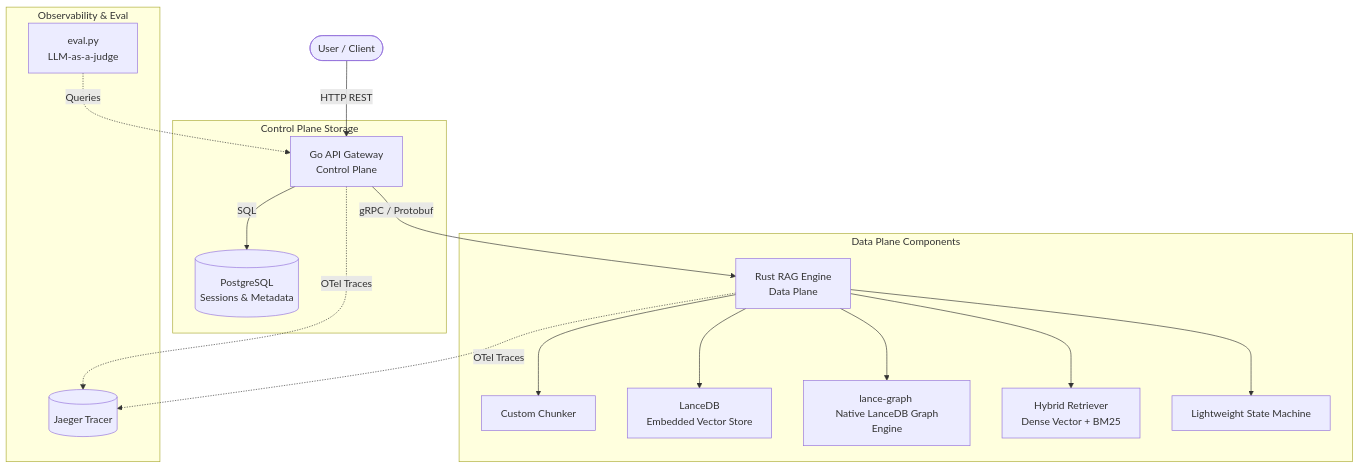
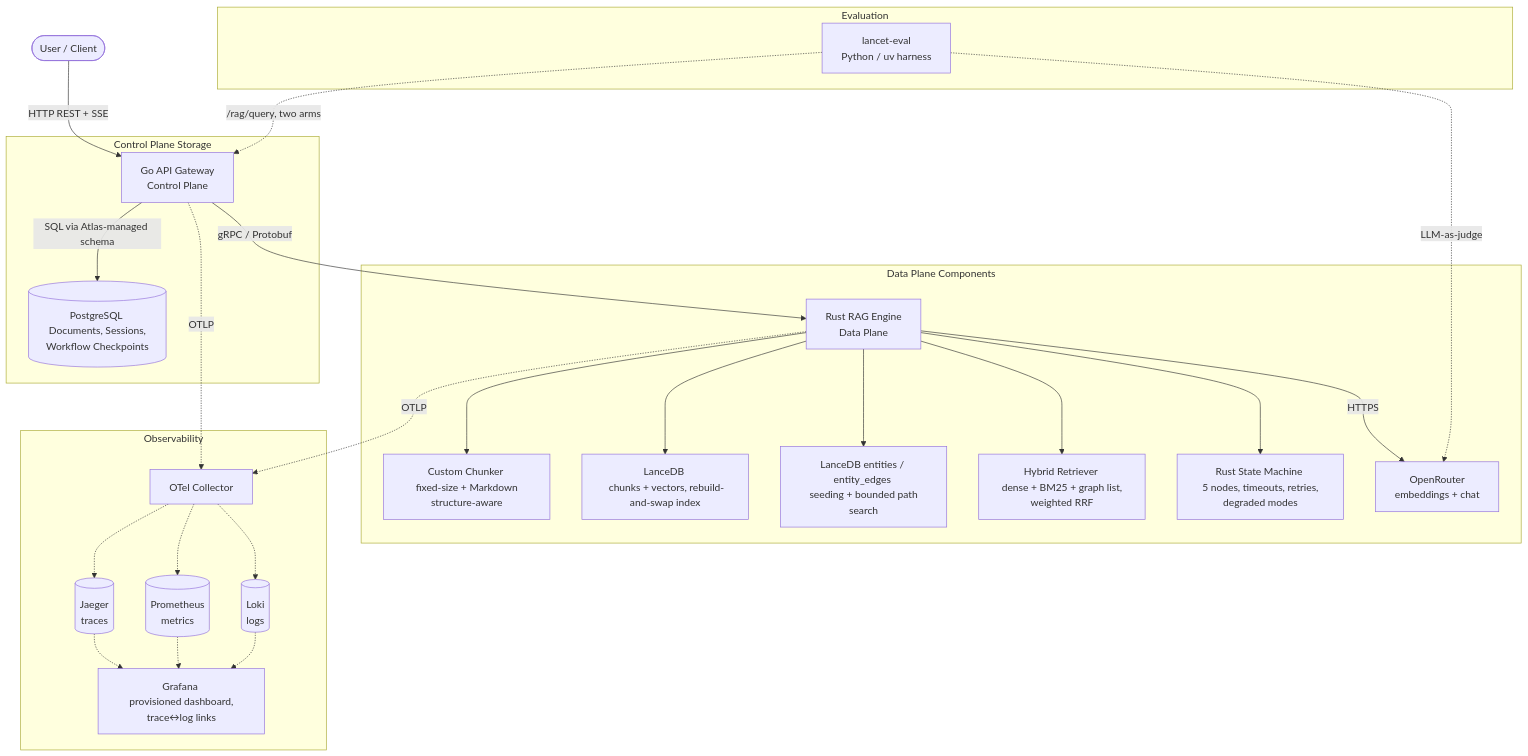
The diagram in README.md (mileschintw/rust-lancedb-graphrag), drawn with Mermaid before and after one commit. The commit also changed other lines of this file, not shown here.

````diff
--- a/README.md
+++ b/README.md
@@ -27,23 +26,32 @@
 ```mermaid
 graph TD
-    User([User / Client]) -->|HTTP REST| GoGateway[Go API Gateway <br> Control Plane]
+    User([User / Client]) -->|HTTP REST + SSE| GoGateway[Go API Gateway <br> Control Plane]
     GoGateway -->|gRPC / Protobuf| RustEngine[Rust RAG Engine <br> Data Plane]
-    
+
     subgraph Control Plane Storage
-        GoGateway -->|SQL| Postgres[(PostgreSQL <br> Sessions & Metadata)]
-    end
-    
-    subgraph Data Plane Components
-        RustEngine --> Chunker[Custom Chunker]
-        RustEngine --> Store[LanceDB <br> Embedded Vector Store]
-        RustEngine --> GraphStore[lance-graph <br> Native LanceDB Graph Engine]
-        RustEngine --> Retriever[Hybrid Retriever <br> Dense Vector + BM25]
-        RustEngine --> Orchestrator[Lightweight State Machine]
+        GoGateway -->|SQL via Atlas-managed schema| Postgres[(PostgreSQL <br> Documents, Sessions, Workflow Checkpoints)]
     end
 
-    subgraph Observability & Eval
-        GoGateway -.->|OTel Traces| Jaeger[(Jaeger Tracer)]
-        RustEngine -.->|OTel Traces| Jaeger
-        EvalScript[eval.py <br> LLM-as-a-judge] -.->|Queries| GoGateway
+    subgraph Data Plane Components
+        RustEngine --> Chunker[Custom Chunker <br> fixed-size + Markdown structure-aware]
+        RustEngine --> Store[LanceDB <br> chunks + vectors, rebuild-and-swap index]
+        RustEngine --> GraphStore[LanceDB entities / entity_edges <br> seeding + bounded path search]
+        RustEngine --> Retriever[Hybrid Retriever <br> dense + BM25 + graph list, weighted RRF]
+        RustEngine --> Orchestrator[Rust State Machine <br> 5 nodes, timeouts, retries, degraded modes]
+        RustEngine -->|HTTPS| LLM[OpenRouter <br> embeddings + chat]
+    end
+
+    subgraph Observability
+        GoGateway -.->|OTLP| Collector[OTel Collector]
+        RustEngine -.->|OTLP| Collector
+        Collector -.-> Jaeger[(Jaeger <br> traces)]
+        Collector -.-> Prometheus[(Prometheus <br> metrics)]
+        Collector -.-> Loki[(Loki <br> logs)]
+        Jaeger & Prometheus & Loki -.-> Grafana[Grafana <br> provisioned dashboard, trace↔log links]
+    end
+
+    subgraph Evaluation
+        Eval[lancet-eval <br> Python / uv harness] -.->|/rag/query, two arms| GoGateway
+        Eval -.->|LLM-as-judge| LLM
     end
 ```
````
